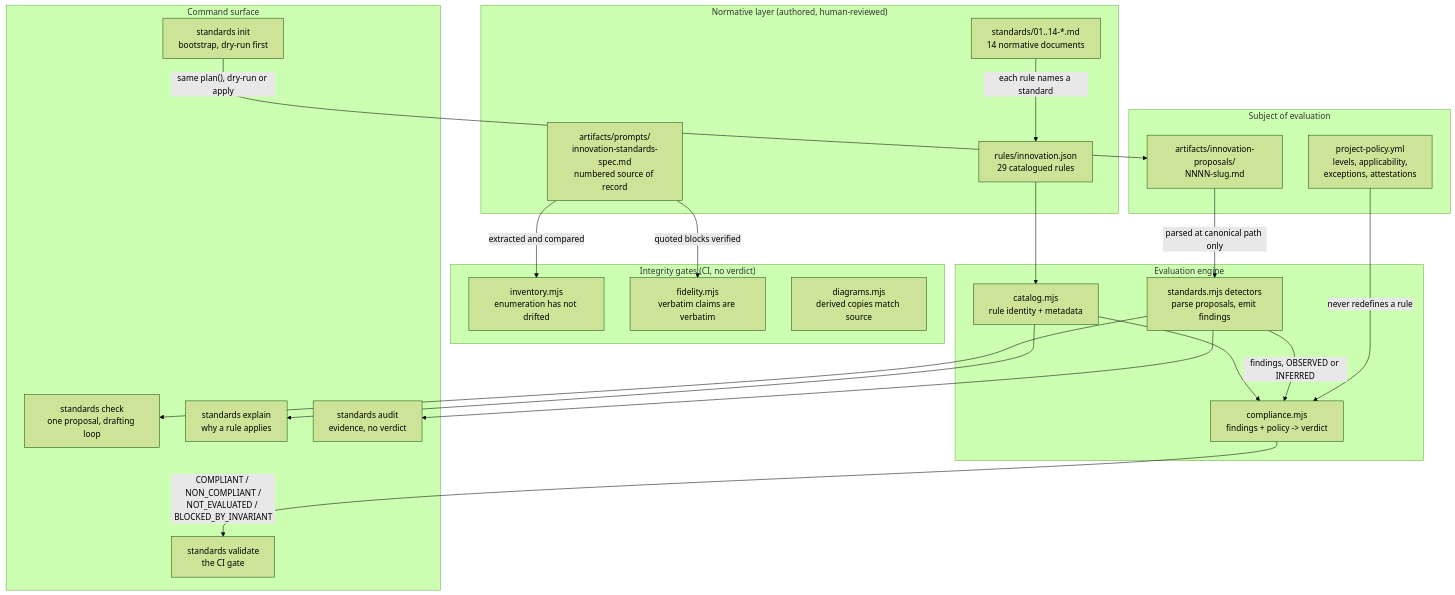
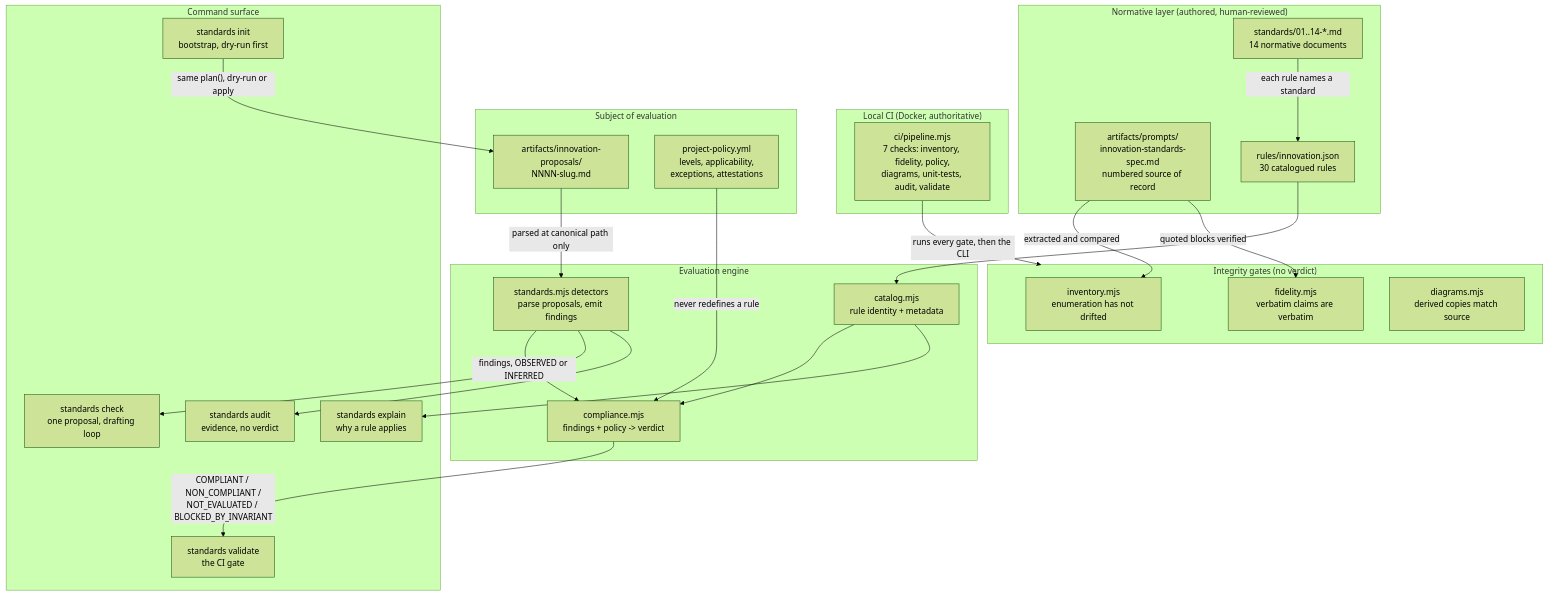
Before and after one commit to mikeycdavis/InnovationStandards: the diagram in docs/architecture.mmd, drawn with Mermaid (forest theme). The commit also changed 1 other file, not shown here.

Commit message:
Bring docs/architecture.md up to date with the current repository
Describes the local Docker CI pipeline (ADR 0006), init mode detection and its known
limit, self-governance, the experiments and the GitHub Issues backlog. Corrects the diagram's
rule count (30) and the ADR count (six), replaces the stale implementation status, and keeps
the .mmd source in step with the embedded copy.

Refs ST-04 (#39).

```diff
--- a/docs/architecture.mmd
+++ b/docs/architecture.mmd
@@ -1,45 +1,50 @@
 flowchart TB
     subgraph authored["Normative layer (authored, human-reviewed)"]
         spec["artifacts/prompts/<br/>innovation-standards-spec.md<br/>numbered source of record"]
         docs14["standards/01..14-*.md<br/>14 normative documents"]
-        rules["rules/innovation.json<br/>29 catalogued rules"]
+        rules["rules/innovation.json<br/>30 catalogued rules"]
     end
 
-    subgraph gates["Integrity gates (CI, no verdict)"]
+    subgraph gates["Integrity gates (no verdict)"]
         inventory["inventory.mjs<br/>enumeration has not drifted"]
         fidelity["fidelity.mjs<br/>verbatim claims are verbatim"]
         diagrams["diagrams.mjs<br/>derived copies match source"]
+    end
+
+    subgraph localci["Local CI (Docker, authoritative)"]
+        pipeline["ci/pipeline.mjs<br/>7 checks: inventory, fidelity, policy,<br/>diagrams, unit-tests, audit, validate"]
     end
 
     subgraph subject["Subject of evaluation"]
         proposals["artifacts/innovation-proposals/<br/>NNNN-slug.md"]
         policy["project-policy.yml<br/>levels, applicability,<br/>exceptions, attestations"]
     end
 
     subgraph engine["Evaluation engine"]
         catalog["catalog.mjs<br/>rule identity + metadata"]
         detectors["standards.mjs detectors<br/>parse proposals, emit findings"]
         compliance["compliance.mjs<br/>findings + policy -> verdict"]
     end
 
     subgraph surface["Command surface"]
         check["standards check<br/>one proposal, drafting loop"]
         explain["standards explain<br/>why a rule applies"]
         audit["standards audit<br/>evidence, no verdict"]
         validate["standards validate<br/>the CI gate"]
         init["standards init<br/>bootstrap, dry-run first"]
     end
 
+    pipeline -->|"runs every gate, then the CLI"| gates
     spec -->|"extracted and compared"| inventory
     spec -->|"quoted blocks verified"| fidelity
     docs14 -->|"each rule names a standard"| rules
     rules --> catalog
     proposals -->|"parsed at canonical path only"| detectors
     catalog --> compliance
     detectors -->|"findings, OBSERVED or INFERRED"| compliance
     policy -->|"never redefines a rule"| compliance
     compliance -->|"COMPLIANT / NON_COMPLIANT /<br/>NOT_EVALUATED / BLOCKED_BY_INVARIANT"| validate
     detectors --> check
     catalog --> explain
     detectors --> audit
     init -->|"same plan(), dry-run or apply"| proposals
```
